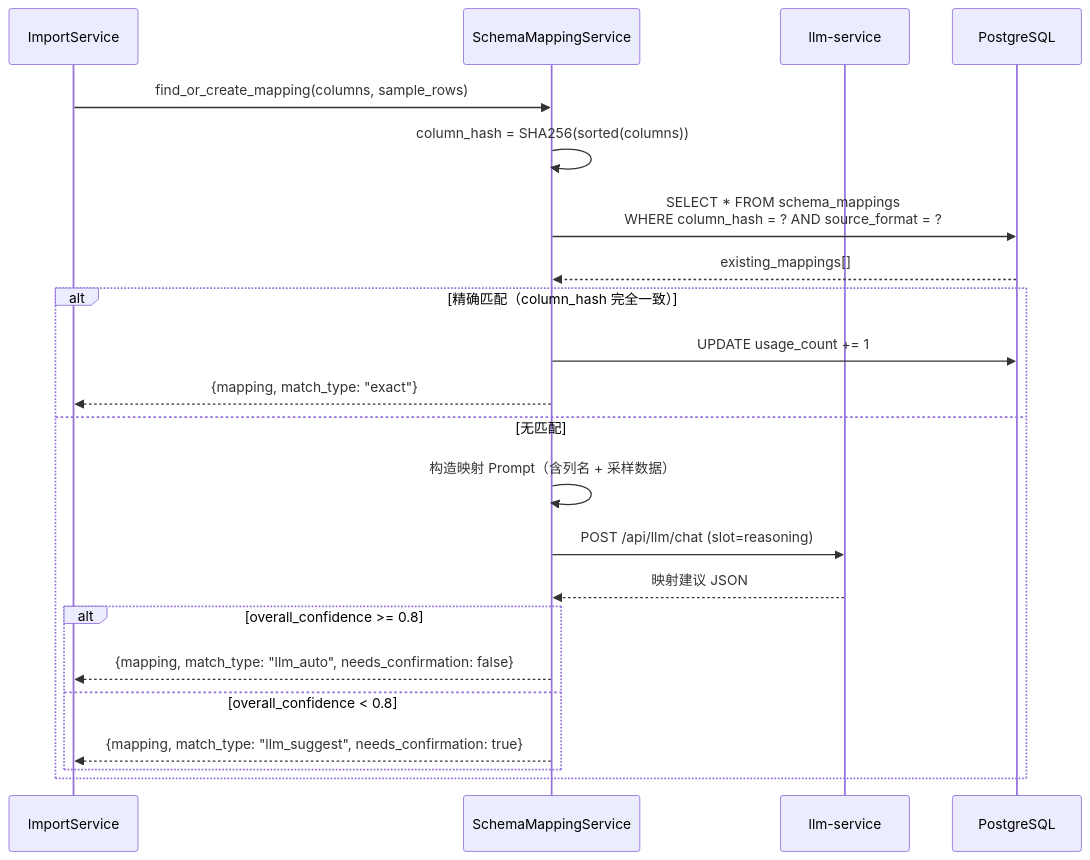
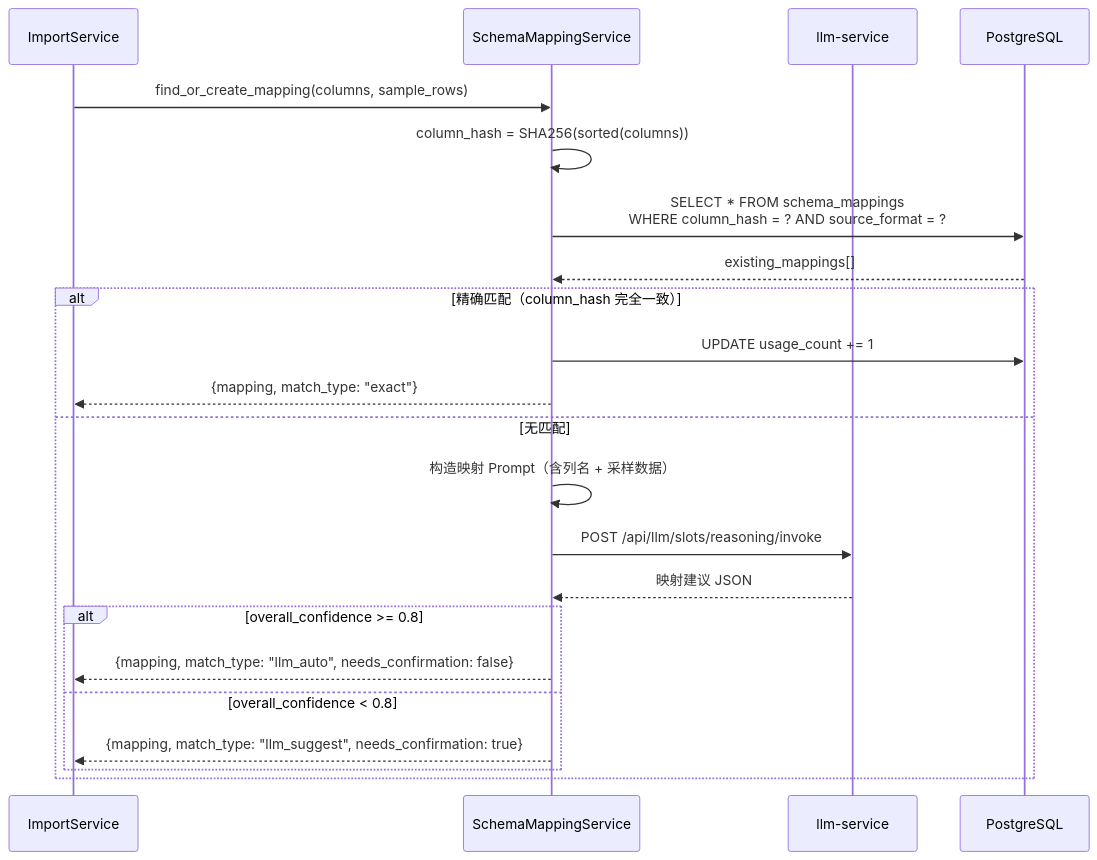
One commit to tianjon/prism-micro changed the fourth of 4 diagrams in docs/designs/voc-service/design.md. Above: the diagram before and after it, drawn with Mermaid. The commit also changed other lines of this file, not shown here.

First line of the commit message:
docs: 修正 voc-service 设计文档中 LLM 端点与调用模式，对齐 llm-service 实际实现

````diff
--- a/docs/designs/voc-service/design.md
+++ b/docs/designs/voc-service/design.md
@@ -1205,28 +1205,28 @@
 ```mermaid
 sequenceDiagram
     participant Core as ImportService
     participant Mapping as SchemaMappingService
     participant LLM as llm-service
     participant DB as PostgreSQL
 
     Core->>Mapping: find_or_create_mapping(columns, sample_rows)
 
     Mapping->>Mapping: column_hash = SHA256(sorted(columns))
     Mapping->>DB: SELECT * FROM schema_mappings<br/>WHERE column_hash = ? AND source_format = ?
     DB-->>Mapping: existing_mappings[]
 
     alt 精确匹配（column_hash 完全一致）
         Mapping->>DB: UPDATE usage_count += 1
         Mapping-->>Core: {mapping, match_type: "exact"}
     else 无匹配
         Mapping->>Mapping: 构造映射 Prompt（含列名 + 采样数据）
-        Mapping->>LLM: POST /api/llm/chat (slot=reasoning)
+        Mapping->>LLM: POST /api/llm/slots/reasoning/invoke
         LLM-->>Mapping: 映射建议 JSON
 
         alt overall_confidence >= 0.8
             Mapping-->>Core: {mapping, match_type: "llm_auto", needs_confirmation: false}
         else overall_confidence < 0.8
             Mapping-->>Core: {mapping, match_type: "llm_suggest", needs_confirmation: true}
         end
     end
 ```
````
